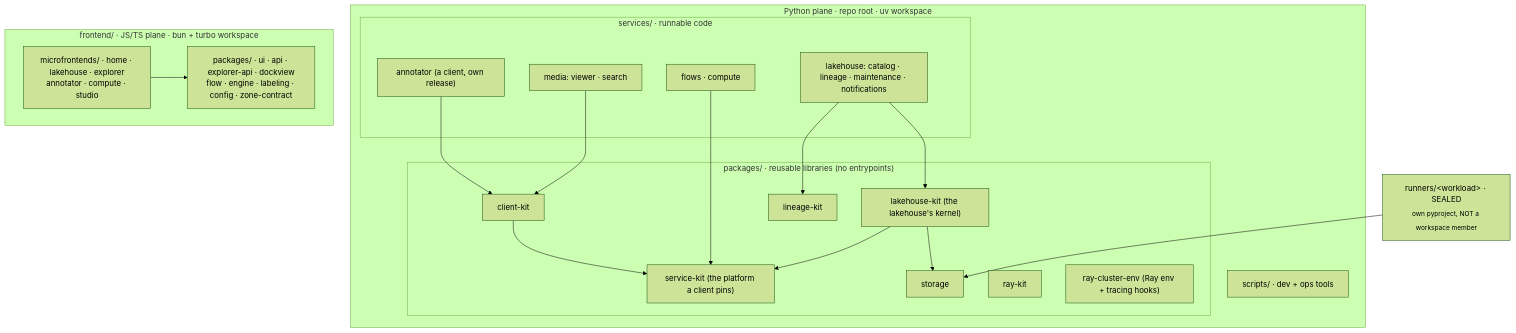
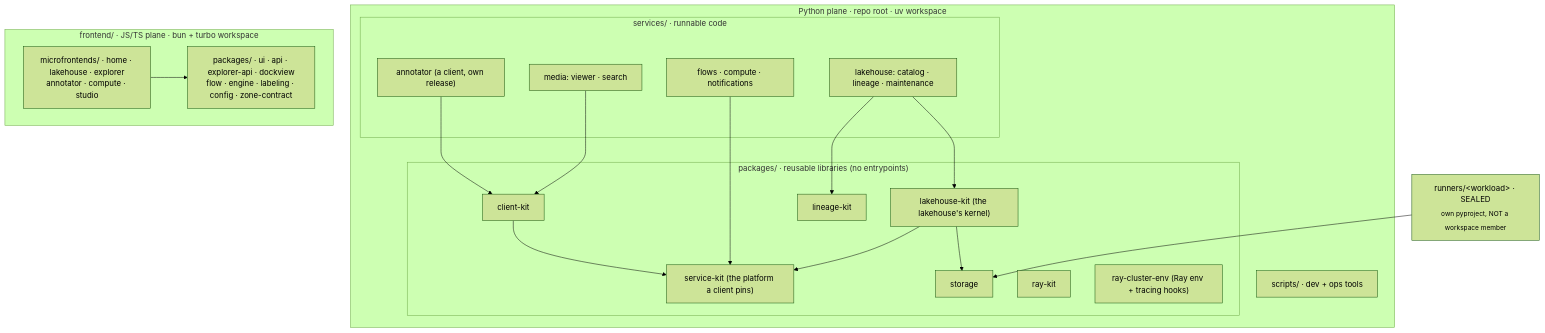
One commit to AI-Riksarkivet/rask changed the diagram in docs/architecture/layout.md. Above: the diagram before and after it, drawn with Mermaid (forest theme). The commit also changed other lines of this file and 255 other files, not shown here.

````diff
--- a/docs/architecture/layout.md
+++ b/docs/architecture/layout.md
@@ -10,35 +10,35 @@
 ```mermaid
 flowchart TD
     subgraph py["Python plane · repo root · uv workspace"]
         subgraph services["services/ · runnable code"]
-            lake["lakehouse: catalog · lineage · maintenance · notifications"]
-            fleet["flows · compute"]
+            lake["lakehouse: catalog · lineage · maintenance"]
+            fleet["flows · compute · notifications"]
             media["media: viewer · search"]
             annot["annotator (a client, own release)"]
         end
         subgraph packages["packages/ · reusable libraries (no entrypoints)"]
             psk["service-kit (the platform a client pins)"]
             phk["lakehouse-kit (the lakehouse's kernel)"]
             pck["client-kit"]
             plk["lineage-kit"]
             pst["storage"]
             prk["ray-kit"]
             prc["ray-cluster-env (Ray env + tracing hooks)"]
         end
         cx["scripts/ · dev + ops tools"]
     end
     subgraph js["frontend/ · JS/TS plane · bun + turbo workspace"]
         mf["microfrontends/ · home · lakehouse · explorer<br/>annotator · compute · studio"]
         fpk["packages/ · ui · api · explorer-api · dockview<br/>flow · engine · labeling · config · zone-contract"]
     end
     rn["runners/&lt;workload&gt; · SEALED<br/><sub>own pyproject, NOT a workspace member</sub>"] --> pst
     lake --> phk
     lake --> plk
     phk --> psk
     phk --> pst
     fleet --> psk
     media --> pck
     annot --> pck
     pck --> psk
     mf --> fpk
 ```
````
